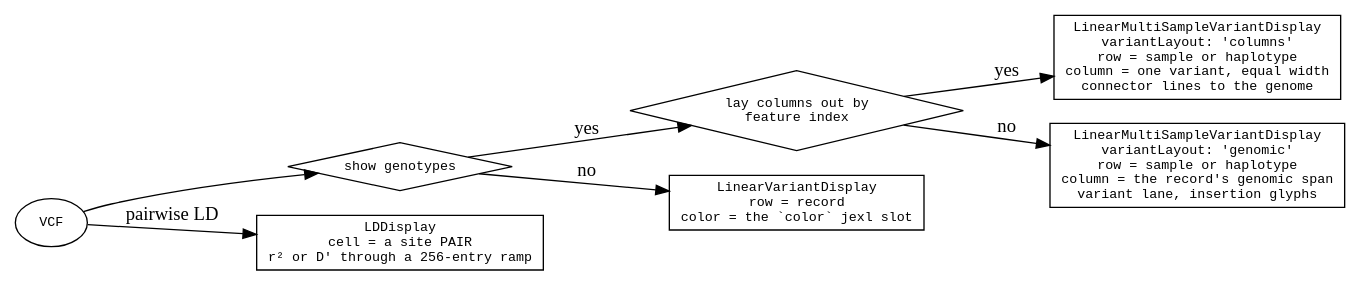
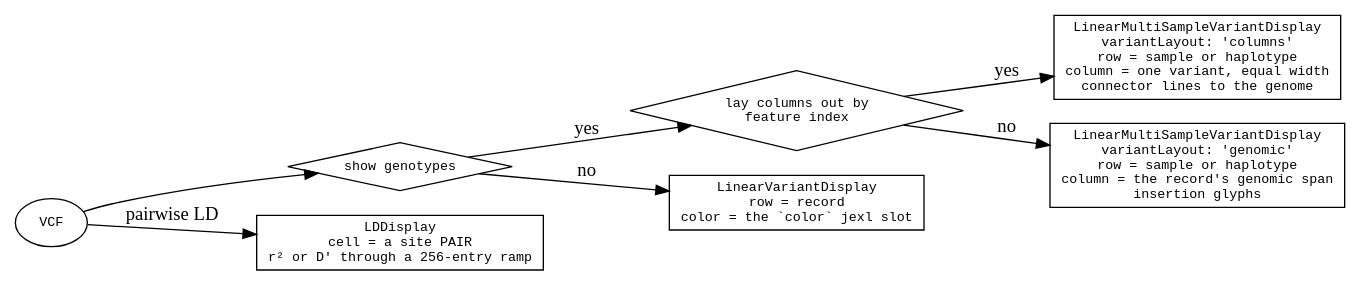
The diagram in agent-docs/reference/diagrams/variants-displays.dot (GMOD/jbrowse-components), drawn with Graphviz before and after one commit. The commit also changed 66 other files, not shown here.

First line of the commit message:
Drop the variant lane: nested SVs stack in a LinearVariantDisplay track, not a one-row band

```diff
--- a/agent-docs/reference/diagrams/variants-displays.dot
+++ b/agent-docs/reference/diagrams/variants-displays.dot
@@ -1,23 +1,23 @@
 digraph variant_displays {
   rankdir=LR
   node [shape=box fontname=monospace fontsize=10]
   { node [shape=diamond] genotypes; pattern }
 
   vcf [label="VCF", shape=oval]
   vcf -> genotypes
   genotypes [label="show genotypes"]
   genotypes -> single  [label=" no"]
   genotypes -> pattern [label=" yes"]
 
   single [label="LinearVariantDisplay\nrow = record\ncolor = the `color` jexl slot"]
 
   pattern [label="lay columns out by\nfeature index"]
   pattern -> matrix  [label=" yes"]
   pattern -> regular [label=" no"]
 
-  regular [label="LinearMultiSampleVariantDisplay\nvariantLayout: 'genomic'\nrow = sample or haplotype\ncolumn = the record's genomic span\nvariant lane, insertion glyphs"]
+  regular [label="LinearMultiSampleVariantDisplay\nvariantLayout: 'genomic'\nrow = sample or haplotype\ncolumn = the record's genomic span\ninsertion glyphs"]
   matrix  [label="LinearMultiSampleVariantDisplay\nvariantLayout: 'columns'\nrow = sample or haplotype\ncolumn = one variant, equal width\nconnector lines to the genome"]
 
   ld [label="LDDisplay\ncell = a site PAIR\nr² or D' through a 256-entry ramp"]
   vcf -> ld [label=" pairwise LD"]
 }
```
